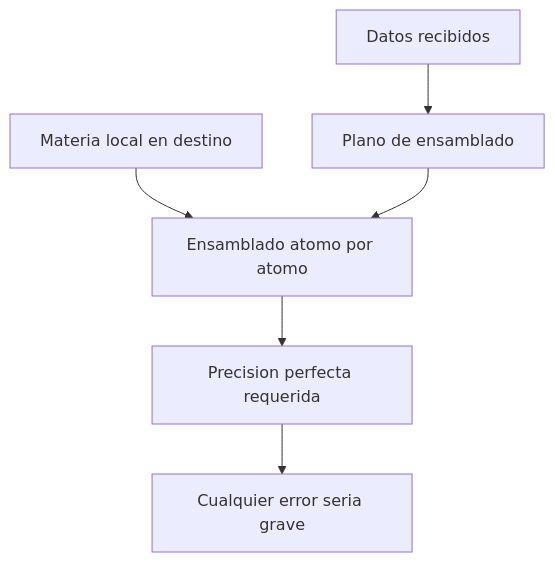
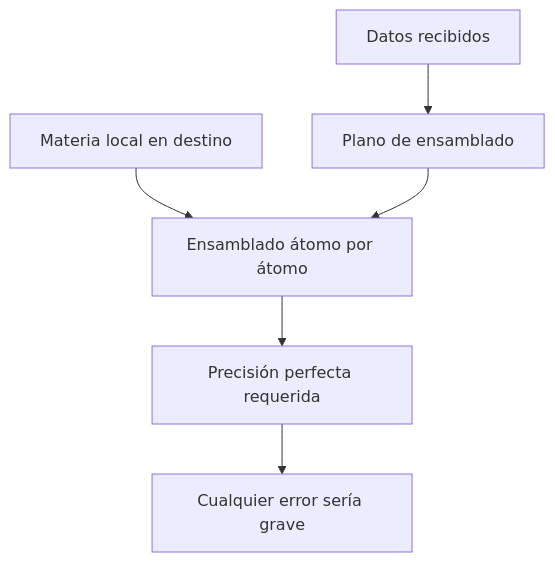
The third of 3 diagrams in vehiculos-fantasticos/teletransportador/operacion/sistemas-mecanicos-teletransportador.md (vladimiracunadev-create/machine-operator-program), drawn with Mermaid before and after one commit. The commit also changed other lines of this file and 442 other files, not shown here.

````diff
--- a/vehiculos-fantasticos/teletransportador/operacion/sistemas-mecanicos-teletransportador.md
+++ b/vehiculos-fantasticos/teletransportador/operacion/sistemas-mecanicos-teletransportador.md
@@ -81,8 +81,8 @@
 ```mermaid
 flowchart TD
     Datos[Datos recibidos] --> Plano[Plano de ensamblado]
-    MatLocal[Materia local en destino] --> Ensamble[Ensamblado atomo por atomo]
+    MatLocal[Materia local en destino] --> Ensamble[Ensamblado átomo por átomo]
     Plano --> Ensamble
-    Ensamble --> Precision[Precision perfecta requerida]
-    Precision --> Riesgo[Cualquier error seria grave]
+    Ensamble --> Precision[Precisión perfecta requerida]
+    Precision --> Riesgo[Cualquier error sería grave]
 ```
````
